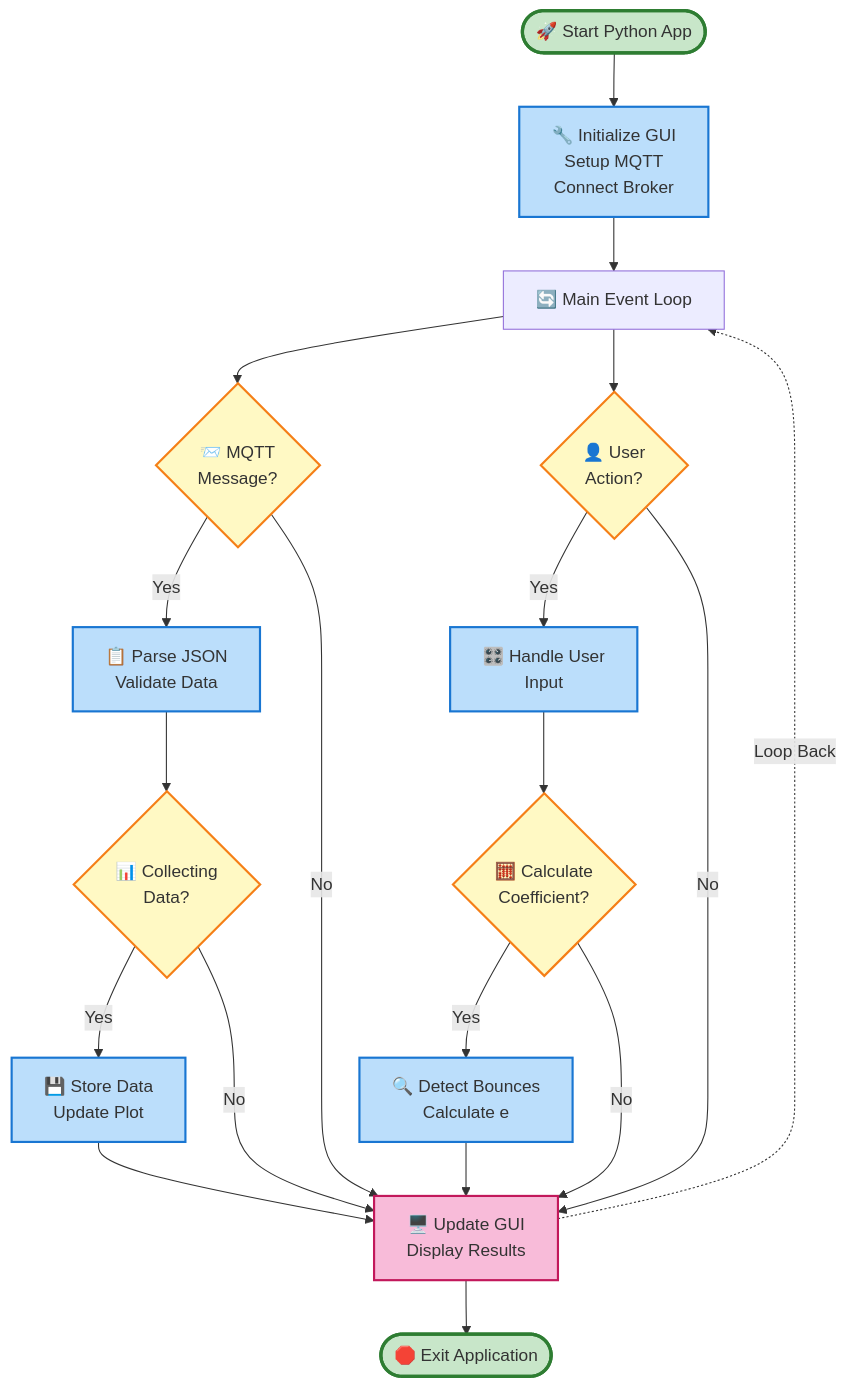
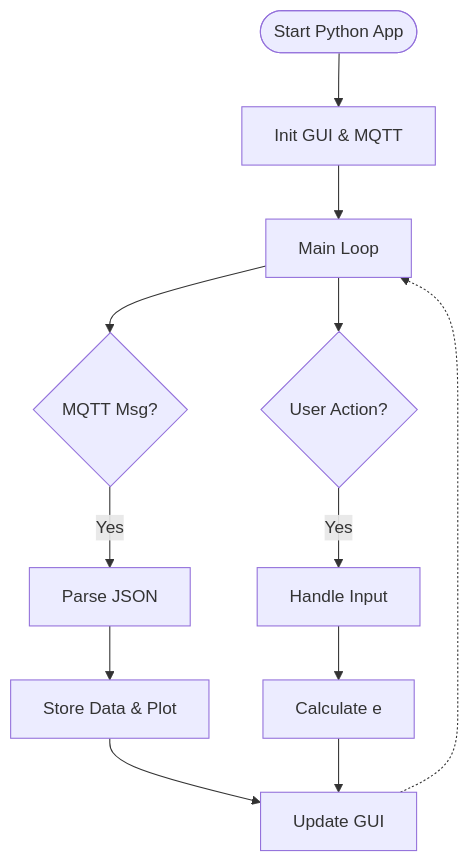
One commit to Ajitot/KoefisienRestitusiIOTApp changed the second of 2 diagrams in README.md. Above: the diagram before and after it, drawn with Mermaid. The commit also changed other lines of this file, not shown here.

````diff
--- a/README.md
+++ b/README.md
@@ -111,38 +174,14 @@
 ```mermaid
 flowchart TD
-    Start([🚀 Start Python App]) --> Init[🔧 Initialize GUI<br/>Setup MQTT<br/>Connect Broker]
-    Init --> Loop[🔄 Main Event Loop]
-    
-    Loop --> MQTTCheck{📨 MQTT<br/>Message?}
-    Loop --> UserCheck{👤 User<br/>Action?}
-    
-    MQTTCheck -->|Yes| Parse[📋 Parse JSON<br/>Validate Data]
-    Parse --> Collecting{📊 Collecting<br/>Data?}
-    Collecting -->|Yes| Store[💾 Store Data<br/>Update Plot]
-    
-    UserCheck -->|Yes| Handle[🎛️ Handle User<br/>Input]
-    Handle --> Analyze{🧮 Calculate<br/>Coefficient?}
-    Analyze -->|Yes| Calc[🔍 Detect Bounces<br/>Calculate e]
-    
-    Store --> Update[🖥️ Update GUI<br/>Display Results]
+    Start([Start Python App]) --> Init[Init GUI & MQTT]
+    Init --> Loop[Main Loop]
+    Loop --> MQTTCheck{MQTT Msg?}
+    MQTTCheck -->|Yes| Parse[Parse JSON]
+    Parse --> Store[Store Data & Plot]
+    Loop --> UserCheck{User Action?}
+    UserCheck -->|Yes| Handle[Handle Input]
+    Handle --> Calc[Calculate e]
+    Store --> Update[Update GUI]
     Calc --> Update
-    
-    MQTTCheck -->|No| Update
-    UserCheck -->|No| Update
-    Collecting -->|No| Update
-    Analyze -->|No| Update
-    
-    Update -.->|Loop Back| Loop
-    Update --> End([🛑 Exit Application])
-
-    %% Styling
-    classDef startEnd fill:#c8e6c9,stroke:#2e7d32,stroke-width:3px
-    classDef process fill:#bbdefb,stroke:#1976d2,stroke-width:2px
-    classDef decision fill:#fff9c4,stroke:#f57f17,stroke-width:2px
-    classDef update fill:#f8bbd9,stroke:#c2185b,stroke-width:2px
-
-    class Start,End startEnd
-    class Init,Parse,Store,Handle,Calc process
-    class MQTTCheck,UserCheck,Collecting,Analyze decision
-    class Update update
+    Update -.-> Loop
 ```
````
